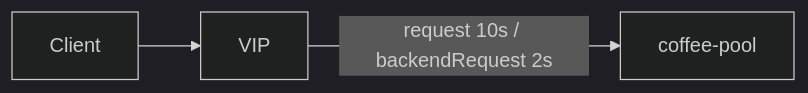
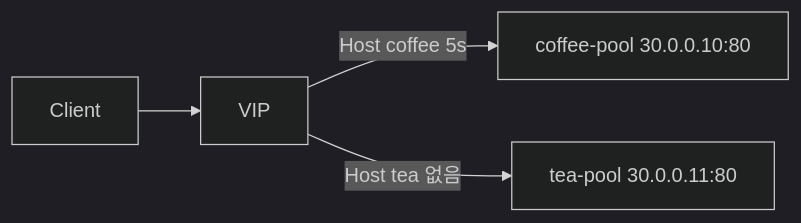
Before and after one commit to mink0119/2609_f5bnk: the diagram in HTTP_Routing/2.39_HTTPTimeouts_BackendRequest/README.md, drawn with Mermaid (dark theme). The commit also changed other lines of this file and 85 other files, not shown here.

````diff
--- a/HTTP_Routing/2.39_HTTPTimeouts_BackendRequest/README.md
+++ b/HTTP_Routing/2.39_HTTPTimeouts_BackendRequest/README.md
@@ -5,5 +5,6 @@
 ```mermaid
 flowchart LR
   C[Client] --> VIP[VIP]
-  VIP -->|request 10s / backendRequest 2s| P1[coffee-pool]
+  VIP -->|Host coffee 5s| P1["coffee-pool 30.0.0.10:80"]
+  VIP -->|Host tea 없음| P2["tea-pool 30.0.0.11:80"]
 ```
````
